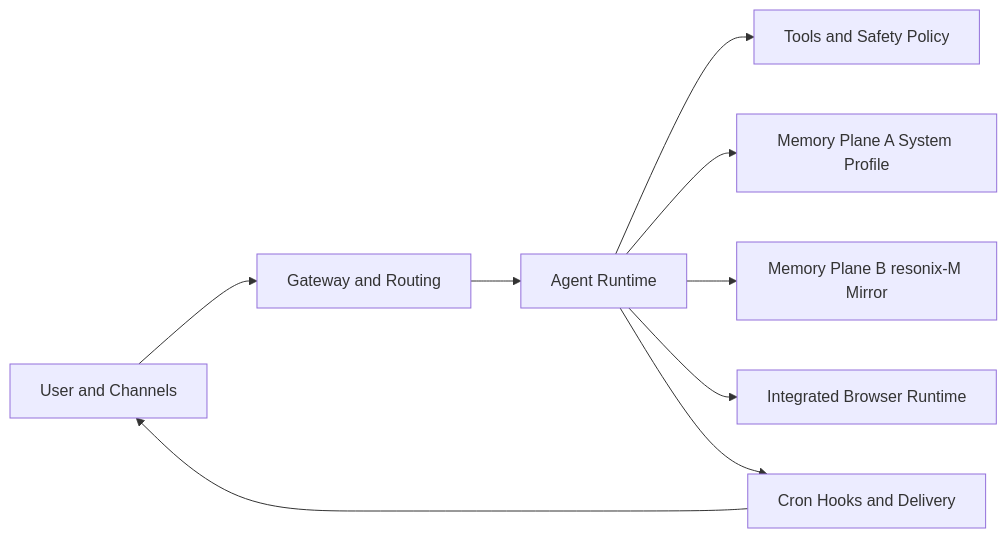
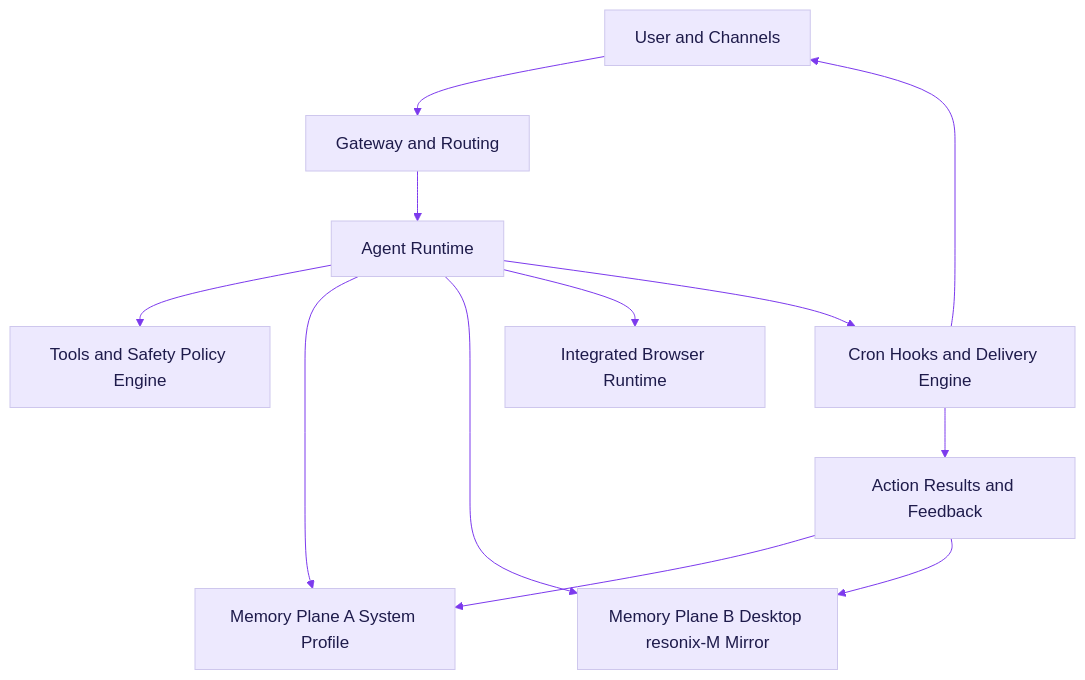
Before and after one commit to mangiapanejohn-dev/Resonix-AG: the diagram in README.md, drawn with Mermaid. The commit also changed other lines of this file and 1 other file, not shown here.

Commit message:
docs(readme): switch mindmap section to runtime architecture and remove logo asset

````diff
--- a/README.md
+++ b/README.md
@@ -90,11 +42,15 @@
 ```mermaid
-flowchart LR
+%%{init: {'theme': 'base', 'themeVariables': { 'fontSize': '17px', 'primaryTextColor': '#1E1B4B', 'lineColor': '#7C3AED', 'primaryColor': '#EDE9FE', 'tertiaryColor': '#F5F3FF', 'background': '#FFFFFF' }}}%%
+flowchart TB
   U[User and Channels] --> G[Gateway and Routing]
   G --> A[Agent Runtime]
-  A --> T[Tools and Safety Policy]
+  A --> T[Tools and Safety Policy Engine]
   A --> M1[Memory Plane A System Profile]
-  A --> M2[Memory Plane B resonix-M Mirror]
+  A --> M2[Memory Plane B Desktop resonix-M Mirror]
   A --> B[Integrated Browser Runtime]
-  A --> C[Cron Hooks and Delivery]
+  A --> C[Cron Hooks and Delivery Engine]
+  C --> R[Action Results and Feedback]
+  R --> M1
+  R --> M2
   C --> U
 ```
````
